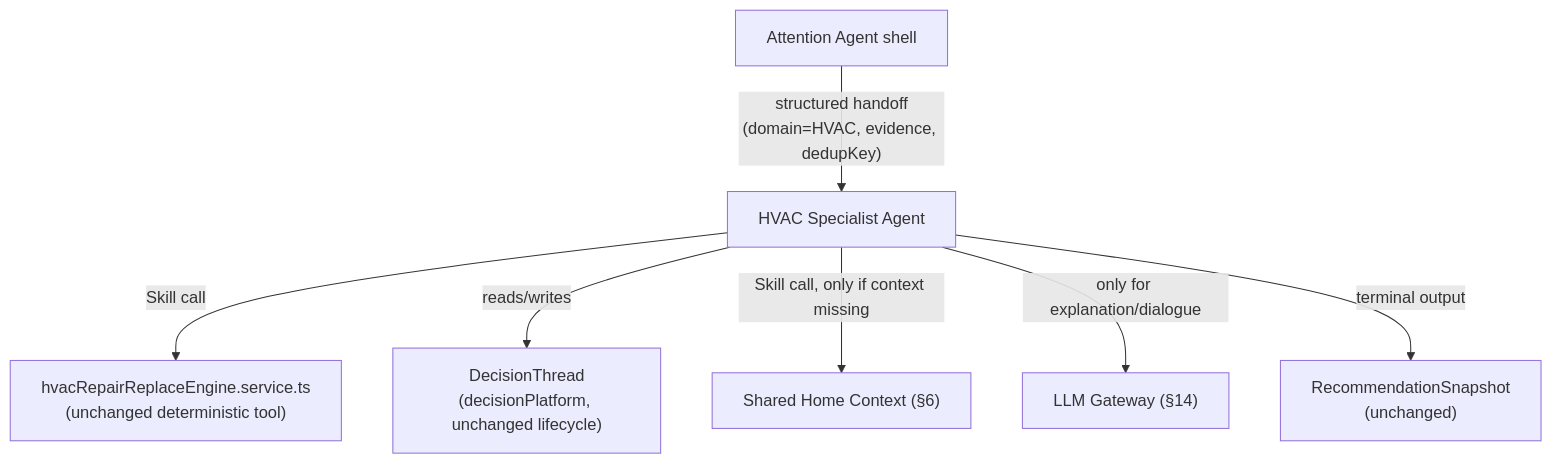
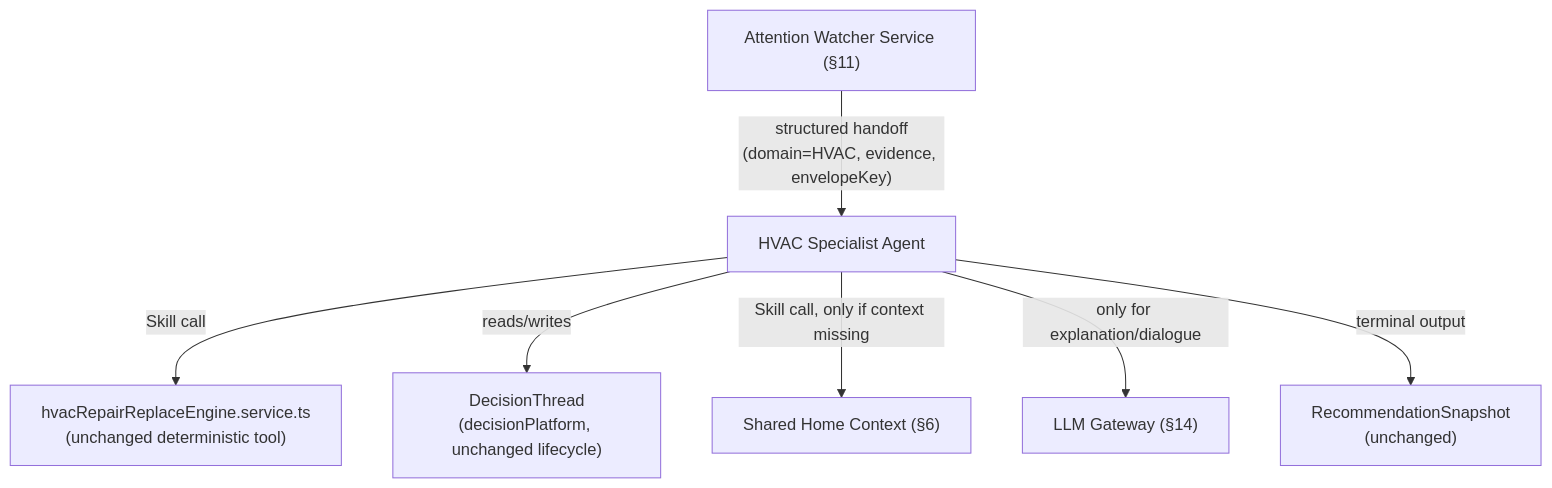
One commit to madhuboyin/contract-to-cozy1 changed the fourth of 10 diagrams in docs/architecture/C2C_INTELLIGENCE_AGENTIC_EVOLUTION_ARCHITECTURE.md. Above: the diagram before and after it, drawn with Mermaid. The commit also changed other lines of this file, not shown here.

````diff
--- a/docs/architecture/C2C_INTELLIGENCE_AGENTIC_EVOLUTION_ARCHITECTURE.md
+++ b/docs/architecture/C2C_INTELLIGENCE_AGENTIC_EVOLUTION_ARCHITECTURE.md
@@ -540,9 +648,9 @@
 ```mermaid
 graph TB
-  ATT["Attention Agent shell"] -->|"structured handoff\n(domain=HVAC, evidence, dedupKey)"| SPEC["HVAC Specialist Agent"]
+  ATT["Attention Watcher Service (§11)"] -->|"structured handoff\n(domain=HVAC, evidence, envelopeKey)"| SPEC["HVAC Specialist Agent"]
   SPEC -->|"Skill call"| ENGINE["hvacRepairReplaceEngine.service.ts\n(unchanged deterministic tool)"]
   SPEC -->|"reads/writes"| THREAD["DecisionThread\n(decisionPlatform, unchanged lifecycle)"]
   SPEC -->|"Skill call, only if context missing"| CTX["Shared Home Context (§6)"]
   SPEC -->|"only for explanation/dialogue"| GATE["LLM Gateway (§14)"]
   SPEC -->|"terminal output"| SNAP["RecommendationSnapshot\n(unchanged)"]
 ```
````
